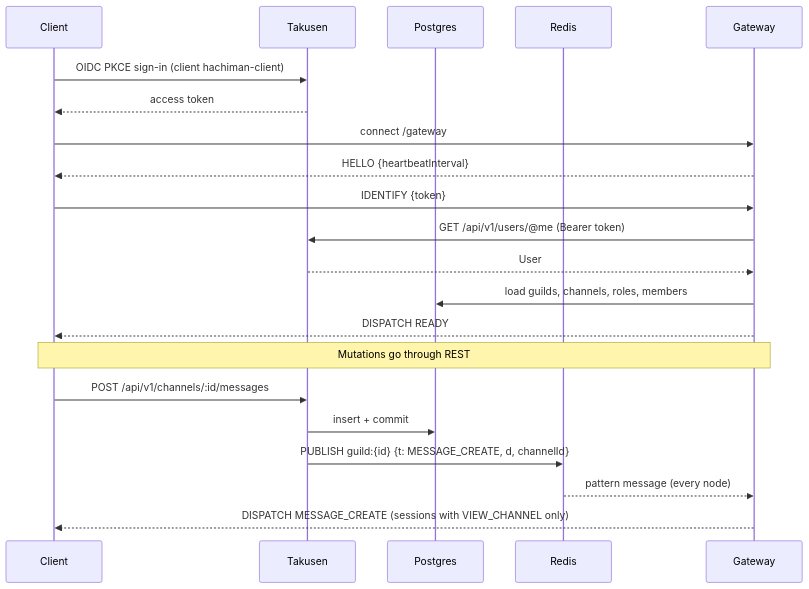
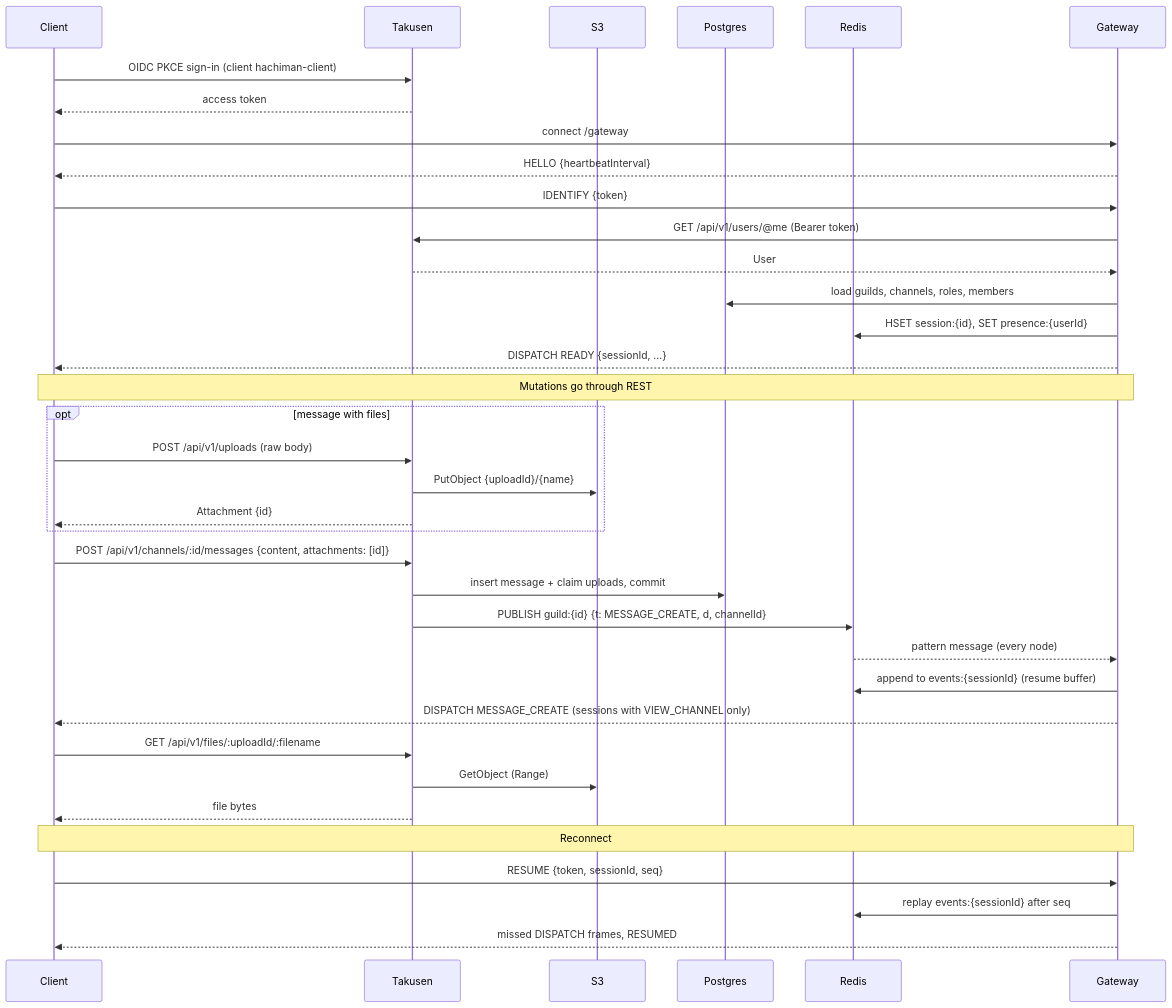
The second of 4 diagrams in README.md (dan-hummelstad/hachiman), drawn with Mermaid before and after one commit. The commit also changed other lines of this file and 32 other files, not shown here.

````diff
--- a/README.md
+++ b/README.md
@@ -59,25 +82,41 @@
 ```mermaid
 sequenceDiagram
   participant C as Client
   participant O as Takusen
+  participant S3 as S3
   participant PG as Postgres
   participant R as Redis
   participant G as Gateway
 
   C->>O: OIDC PKCE sign-in (client hachiman-client)
   O-->>C: access token
   C->>G: connect /gateway
   G-->>C: HELLO {heartbeatInterval}
   C->>G: IDENTIFY {token}
   G->>O: GET /api/v1/users/@me (Bearer token)
   O-->>G: User
   G->>PG: load guilds, channels, roles, members
-  G-->>C: DISPATCH READY
+  G->>R: HSET session:{id}, SET presence:{userId}
+  G-->>C: DISPATCH READY {sessionId, ...}
 
   Note over C,G: Mutations go through REST
-  C->>O: POST /api/v1/channels/:id/messages
-  O->>PG: insert + commit
+  opt message with files
+    C->>O: POST /api/v1/uploads (raw body)
+    O->>S3: PutObject {uploadId}/{name}
+    O-->>C: Attachment {id}
+  end
+  C->>O: POST /api/v1/channels/:id/messages {content, attachments: [id]}
+  O->>PG: insert message + claim uploads, commit
   O->>R: PUBLISH guild:{id} {t: MESSAGE_CREATE, d, channelId}
   R-->>G: pattern message (every node)
+  G->>R: append to events:{sessionId} (resume buffer)
   G-->>C: DISPATCH MESSAGE_CREATE (sessions with VIEW_CHANNEL only)
+  C->>O: GET /api/v1/files/:uploadId/:filename
+  O->>S3: GetObject (Range)
+  O-->>C: file bytes
+
+  Note over C,G: Reconnect
+  C->>G: RESUME {token, sessionId, seq}
+  G->>R: replay events:{sessionId} after seq
+  G-->>C: missed DISPATCH frames, RESUMED
 ```
````
